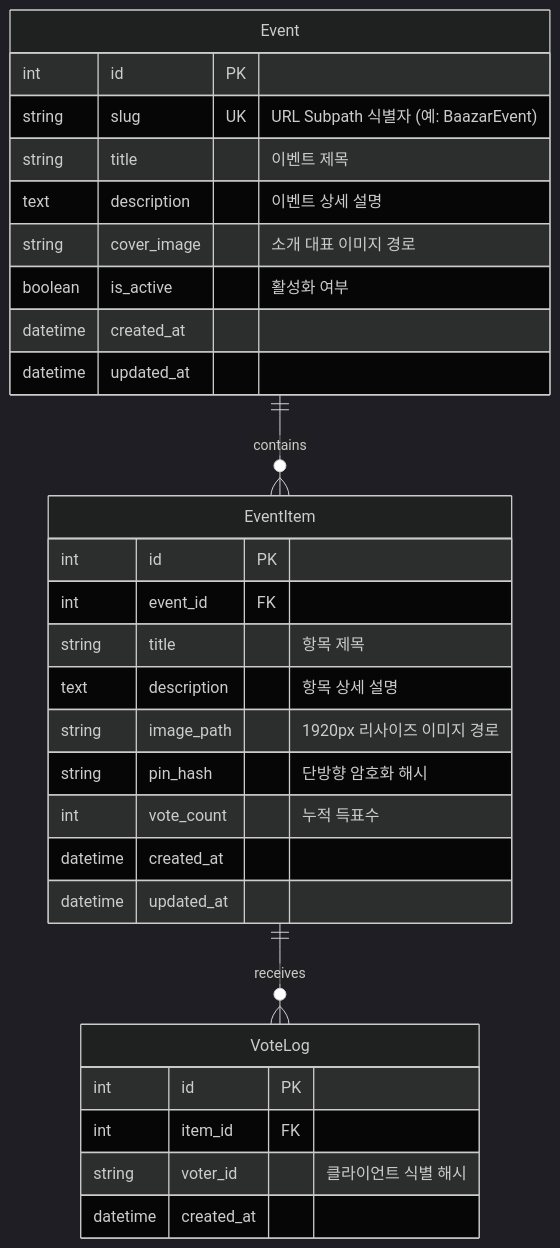
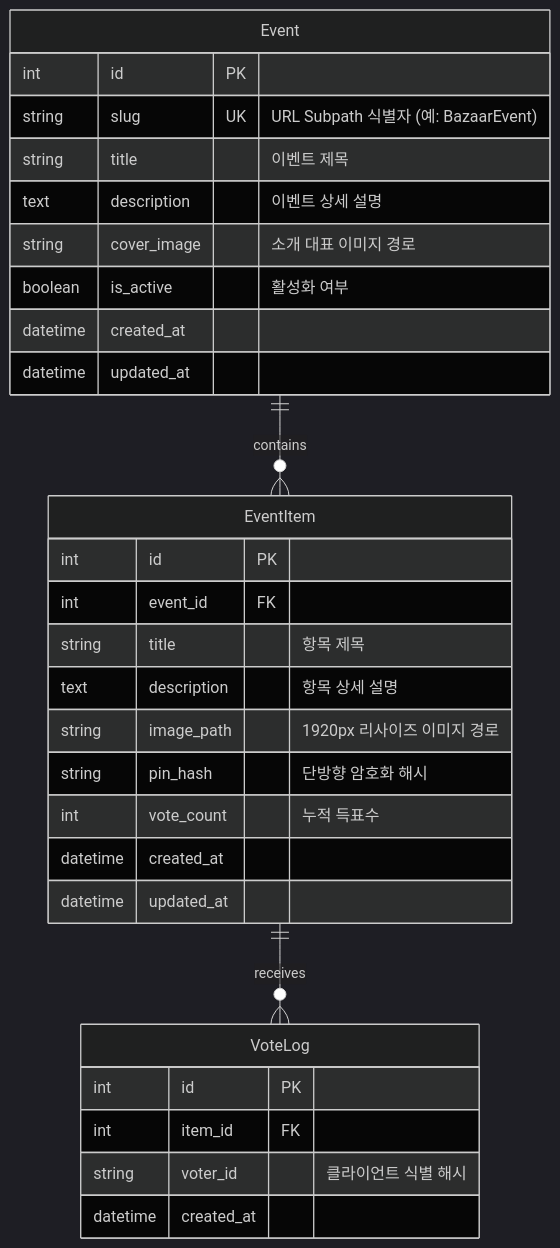
One commit to twayworks-bot/votes changed the diagram in notes/SPECIFICATION.md. Above: the diagram before and after it, drawn with Mermaid (dark theme). The commit also changed 22 other files, not shown here.

````diff
--- a/notes/SPECIFICATION.md
+++ b/notes/SPECIFICATION.md
@@ -130,35 +130,35 @@
 ```mermaid
 erDiagram
     Event ||--o{ EventItem : contains
     EventItem ||--o{ VoteLog : receives
 
     Event {
         int id PK
-        string slug UK "URL Subpath 식별자 (예: BaazarEvent)"
+        string slug UK "URL Subpath 식별자 (예: BazaarEvent)"
         string title "이벤트 제목"
         text description "이벤트 상세 설명"
         string cover_image "소개 대표 이미지 경로"
         boolean is_active "활성화 여부"
         datetime created_at
         datetime updated_at
     }
 
     EventItem {
         int id PK
         int event_id FK
         string title "항목 제목"
         text description "항목 상세 설명"
         string image_path "1920px 리사이즈 이미지 경로"
         string pin_hash "단방향 암호화 해시"
         int vote_count "누적 득표수"
         datetime created_at
         datetime updated_at
     }
 
     VoteLog {
         int id PK
         int item_id FK
         string voter_id "클라이언트 식별 해시"
         datetime created_at
     }
 ```
````
